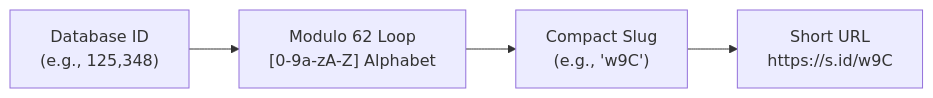
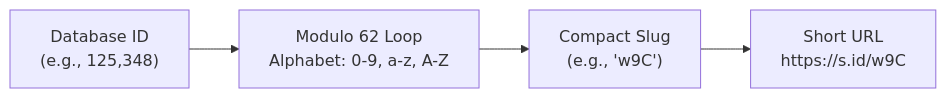
Before and after one commit to Kevinpashya13/url_shortener_analytics: the third of 3 diagrams in README.md, drawn with Mermaid. The commit also changed other lines of this file and 21 other files, not shown here.

````diff
--- a/README.md
+++ b/README.md
@@ -111,7 +111,7 @@
 ```mermaid
 flowchart LR
-    ID["Database ID\n(e.g., 125,348)"] 
-    --> Mod["Modulo 62 Loop\n[0-9a-zA-Z] Alphabet"] 
-    --> Slug["Compact Slug\n(e.g., 'w9C')"]
-    --> PublicURL["Short URL\nhttps://s.id/w9C"]
+    ID["Database ID<br/>(e.g., 125,348)"] 
+    --> Mod["Modulo 62 Loop<br/>Alphabet: 0-9, a-z, A-Z"] 
+    --> Slug["Compact Slug<br/>(e.g., 'w9C')"]
+    --> PublicURL["Short URL<br/>https://s.id/w9C"]
 ```
````
